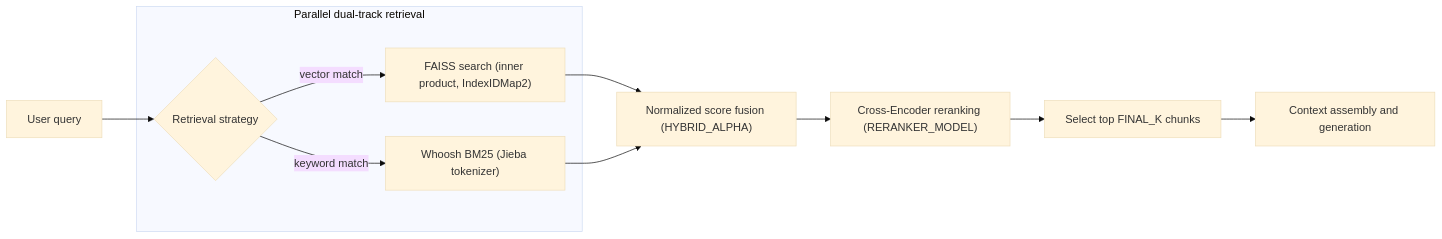
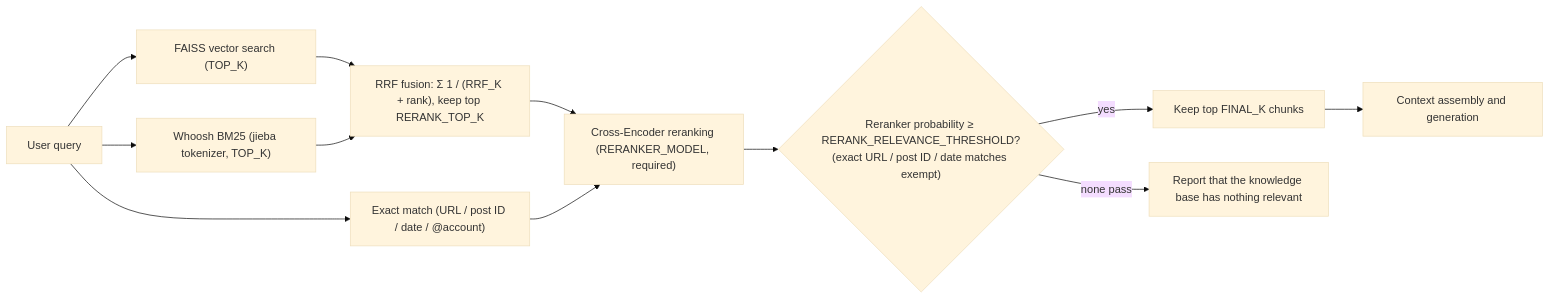
Before and after one commit to Scorpio-meow/AskMiao: the second of 6 diagrams in docs/architecture_en.md, drawn with Mermaid (base theme). The commit also changed other lines of this file and 50 other files, not shown here.

Commit message:
feat(rag)!: 改用 RRF 融合與重排機率門檻，加入答案引用與工具輸出信任邊界 BREAKING CHANGE: .env 須新增 RRF_K、RERANK_RELEVANCE_THRESHOLD、WEB_FETCH_ALLOWED_DOMAINS、BLOCK_WEB_TOOLS_AFTER_KB、DOMAIN_PROFILE_PATH；重排模型改為必要元件；移除 HYBRID_ALPHA、NORMALIZATION、FINAL_THRESHOLD。

````diff
--- a/docs/architecture_en.md
+++ b/docs/architecture_en.md
@@ -87,16 +87,16 @@
 ```mermaid
 flowchart LR
-    Query["User query"] --> Strategy{"Retrieval strategy"}
+    Query["User query"] --> FAISS["FAISS vector search (TOP_K)"]
+    Query --> BM25["Whoosh BM25 (jieba tokenizer, TOP_K)"]
+    Query --> Exact["Exact match (URL / post ID / date / @account)"]
 
-    subgraph ParallelRetrieval ["Parallel dual-track retrieval"]
-        Strategy -->|vector match| FAISS["FAISS search (inner product, IndexIDMap2)"]
-        Strategy -->|keyword match| BM25["Whoosh BM25 (Jieba tokenizer)"]
-    end
-
-    FAISS --> Merge["Normalized score fusion (HYBRID_ALPHA)"]
+    FAISS --> Merge["RRF fusion: Σ 1 / (RRF_K + rank), keep top RERANK_TOP_K"]
     BM25 --> Merge
 
-    Merge --> Reranker["Cross-Encoder reranking (RERANKER_MODEL)"]
-    Reranker --> TopK["Select top FINAL_K chunks"]
+    Merge --> Reranker["Cross-Encoder reranking (RERANKER_MODEL, required)"]
+    Exact --> Reranker
+    Reranker --> Threshold{"Reranker probability ≥ RERANK_RELEVANCE_THRESHOLD?<br/>(exact URL / post ID / date matches exempt)"}
+    Threshold -->|yes| TopK["Keep top FINAL_K chunks"]
+    Threshold -->|none pass| NoData["Report that the knowledge base has nothing relevant"]
     TopK --> LLM["Context assembly and generation"]
 ```
````
